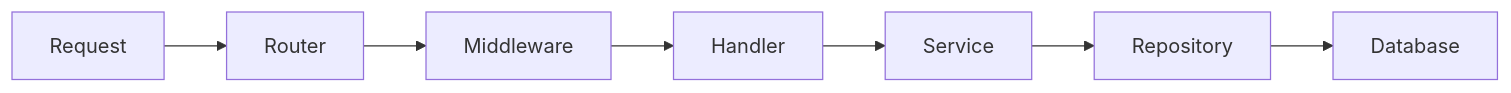
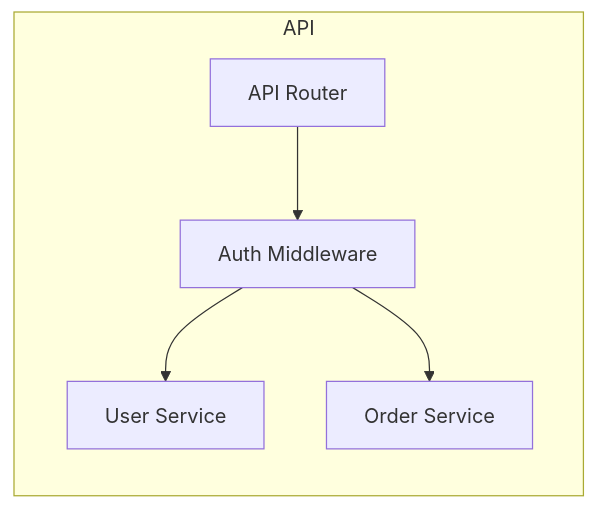
The second of 3 diagrams in guides/architecture-for-ai/architecture-for-ai.md (jerdaw/agentic-best-practices), drawn with Mermaid before and after one commit. The commit also changed other lines of this file, not shown here.

Commit message:
docs: update architecture-for-ai

````diff
--- a/guides/architecture-for-ai/architecture-for-ai.md
+++ b/guides/architecture-for-ai/architecture-for-ai.md
@@ -214,9 +80,13 @@
 ```mermaid
-flowchart LR
-    Request --> Router
-    Router --> Middleware
-    Middleware --> Handler
-    Handler --> Service
-    Service --> Repository
-    Repository --> Database
+graph LR
+    subgraph API
+        Router[API Router]
+        AuthMid[Auth Middleware]
+        UserSvc[User Service]
+        OrderSvc[Order Service]
+    end
+
+    Router --> AuthMid
+    AuthMid --> UserSvc
+    AuthMid --> OrderSvc
 ```
````
